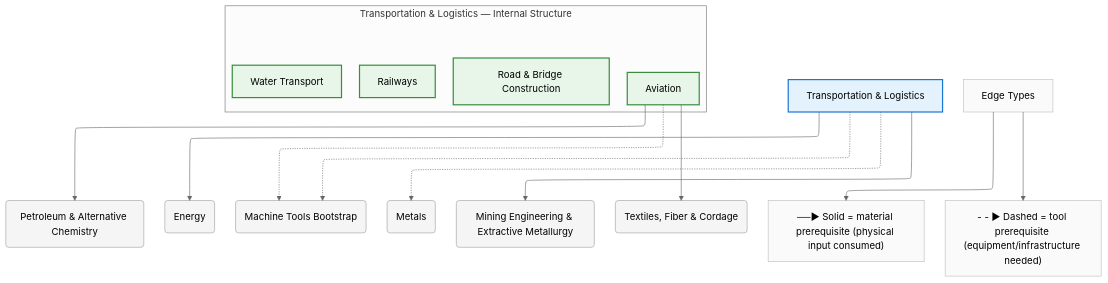
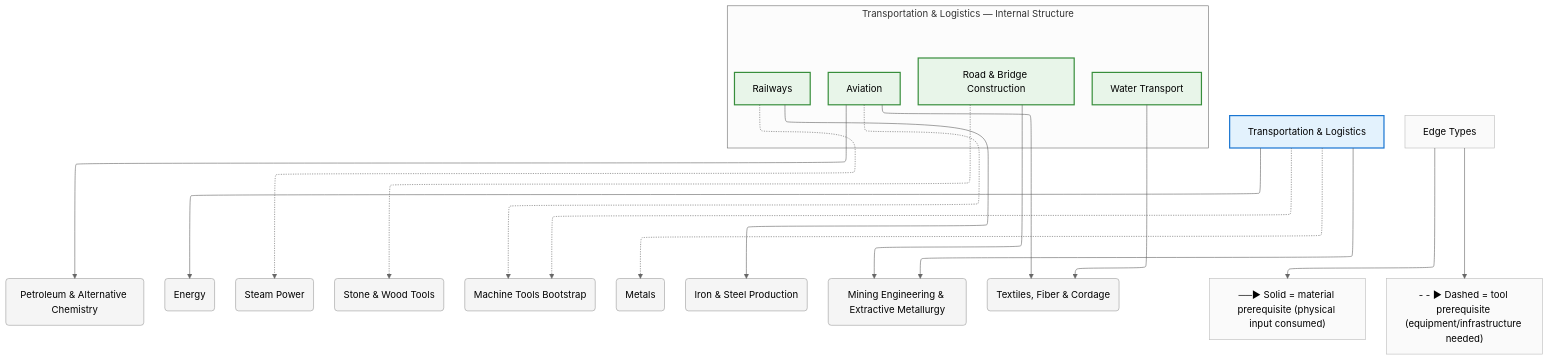
The diagram in diagrams/mermaid/transport.mmd (egofree/TechTree), drawn with Mermaid (neutral theme) before and after one commit. The commit also changed 15 other files, not shown here.

First line of the commit message:
chore(diagrams): regenerate all Mermaid diagrams from updated data

```diff
--- a/diagrams/mermaid/transport.mmd
+++ b/diagrams/mermaid/transport.mmd
@@ -1,59 +1,70 @@
 %%{init: {"flowchart": {"defaultRenderer": "elk", "htmlLabels": true}}}%%
 graph TD
     %% Domain: Transportation & Logistics
 
     %% ==================== INTERNAL NODES ====================
     subgraph transport_internal ["Transportation & Logistics — Internal Structure"]
         direction TB
         transport_roads["Road & Bridge Construction"]
         transport_railways["Railways"]
         transport_shipping["Water Transport"]
         transport_aviation["Aviation"]
     end
 
     %% ==================== DOMAIN NODE ====================
     transport["Transportation & Logistics"]
 
     %% ==================== EXTERNAL DEPENDENCIES ====================
     chemistry_petroleum-alternatives("Petroleum & Alternative Chemistry")
     energy("Energy")
+    energy_steam-power("Steam Power")
+    foundations_tools-basic("Stone & Wood Tools")
     machine-tools("Machine Tools Bootstrap")
     metals("Metals")
+    metals_iron-steel("Iron & Steel Production")
     mining("Mining Engineering & Extractive Metallurgy")
     textiles("Textiles, Fiber & Cordage")
 
     %% ==================== EDGES ====================
     transport -.-> metals
     transport --> energy
     transport --> mining
     transport -.-> machine-tools
     transport_aviation -.-> machine-tools
     transport_aviation --> textiles
     transport_aviation --> chemistry_petroleum-alternatives
+    transport_roads -.-> foundations_tools-basic
+    transport_roads --> mining
+    transport_railways -.-> energy_steam-power
+    transport_railways --> metals_iron-steel
+    transport_shipping --> textiles
 
     %% ==================== EDGE TYPE LEGEND ====================
     EdgeLegend["Edge Types"]
     EdgeLegend --> MatNote["──▶ Solid = material prerequisite (physical input consumed)"]
     EdgeLegend --> ToolNote["- - ▶ Dashed = tool prerequisite (equipment/infrastructure needed)"]
 
     %% ==================== STYLING ====================
     classDef domain fill:#e3f2fd,stroke:#1976d2,stroke-width:2px
     classDef capability fill:#e8f5e9,stroke:#388e3c,stroke-width:2px
     classDef process fill:#fff3e0,stroke:#f57c00,stroke-width:2px
     classDef critical fill:#fff3e0,stroke:#f57c00,stroke-width:3px
     classDef earlyWin fill:#e8f5e9,stroke:#388e3c,stroke-width:3px
     classDef pinnacle fill:#fce4ec,stroke:#c62828,stroke-width:3px
     classDef external fill:#f5f5f5,stroke:#9e9e9e,stroke-width:1px
     classDef legend fill:#fafafa,stroke:#bdbdbd,stroke-width:1px
     class transport domain
     class transport_roads capability
     class transport_railways capability
     class transport_shipping capability
     class transport_aviation capability
     class chemistry_petroleum-alternatives external
     class energy external
+    class energy_steam-power external
+    class foundations_tools-basic external
     class machine-tools external
     class metals external
+    class metals_iron-steel external
     class mining external
     class textiles external
     class EdgeLegend,MatNote,ToolNote legend
```
